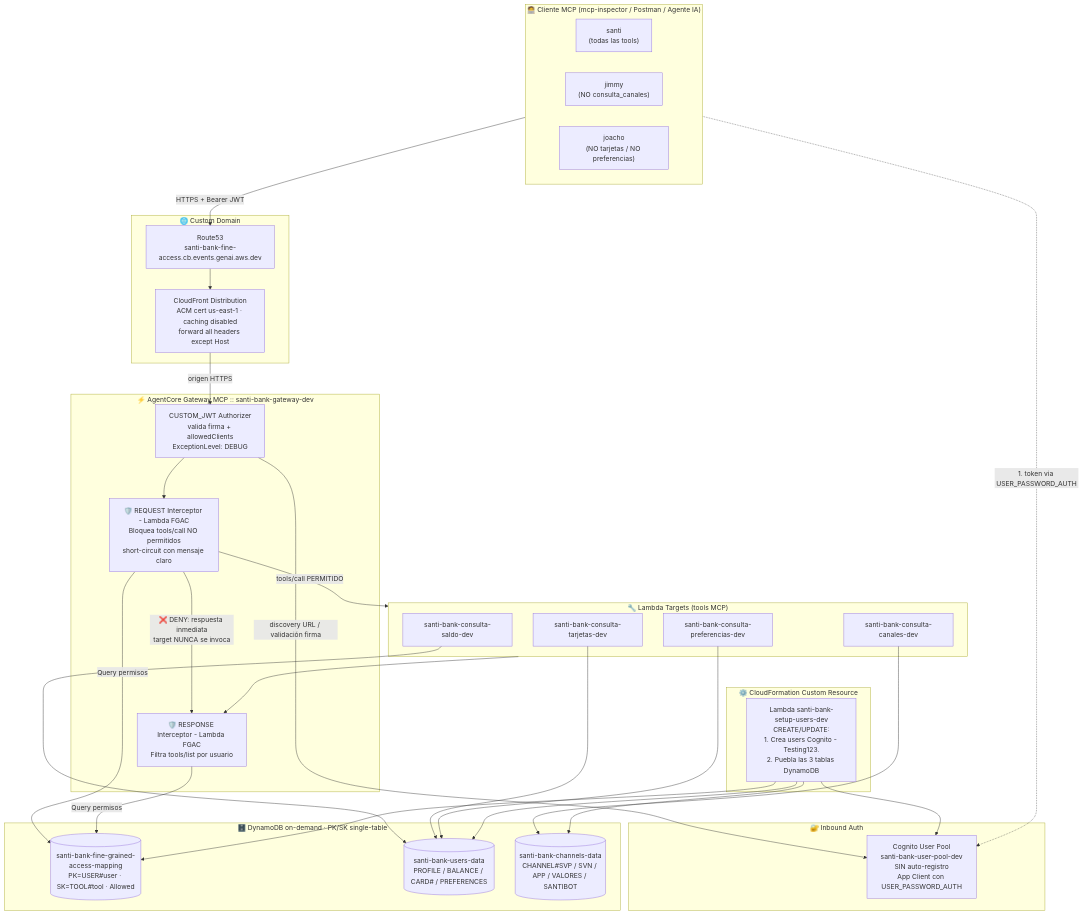
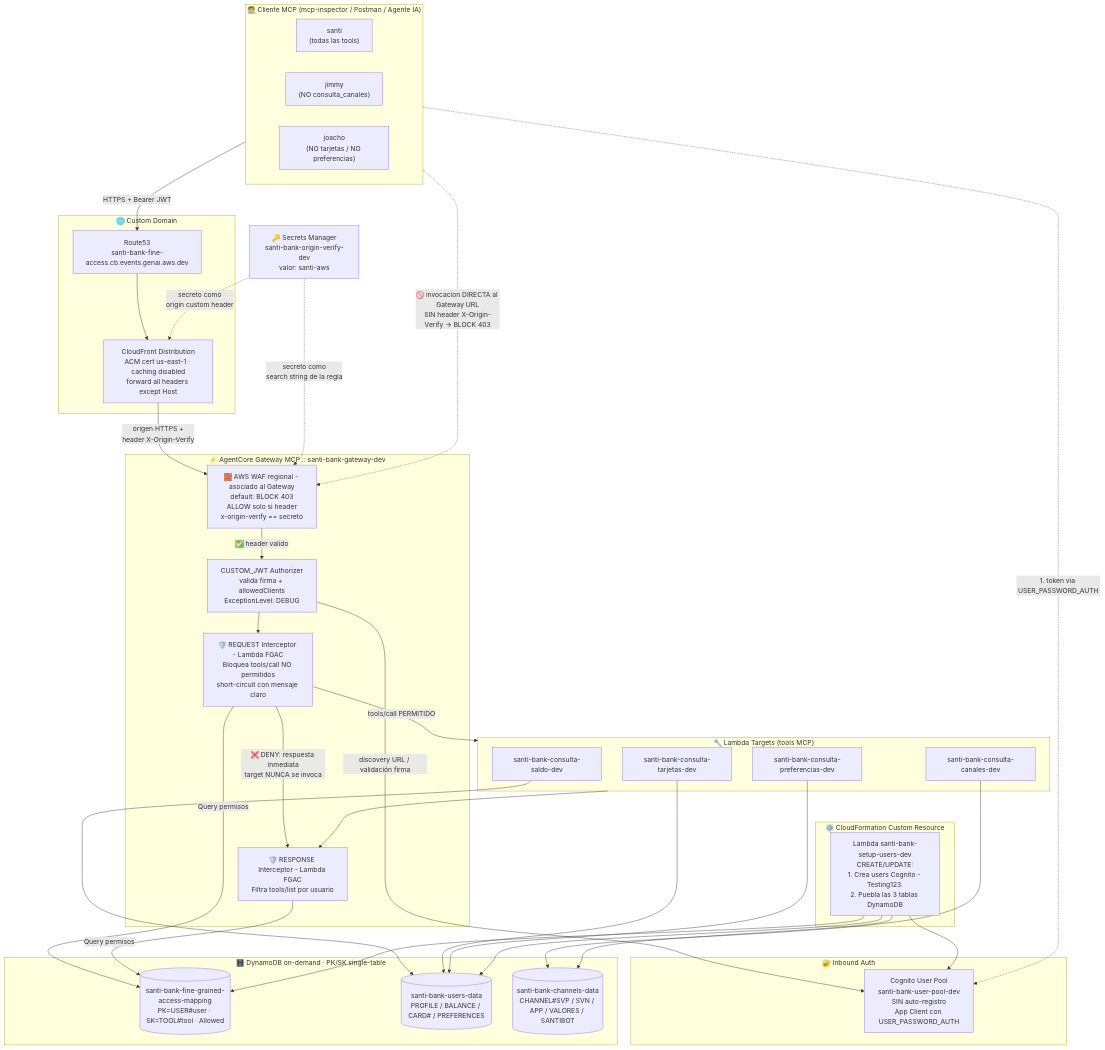
Before and after one commit to san99tiago/aws-agentcore-fine-grained-access-bank-demo: the first of 7 diagrams in README.md, drawn with Mermaid. The commit also changed other lines of this file and 4 other files, not shown here.

Commit message:
UPDATE: cambios a AgentCore GW con CloudFront Header + WAF ACL custom header

````diff
--- a/README.md
+++ b/README.md
@@ -53,58 +55,65 @@
 ```mermaid
 flowchart TB
     subgraph CLIENT["🧑‍💻 Cliente MCP (mcp-inspector / Postman / Agente IA)"]
         U1["santi<br/>(todas las tools)"]
         U2["jimmy<br/>(NO consulta_canales)"]
         U3["joacho<br/>(NO tarjetas / NO preferencias)"]
     end
 
     subgraph DNS["🌐 Custom Domain"]
         R53["Route53<br/>santi-bank-fine-access.cb.events.genai.aws.dev"]
         CF["CloudFront Distribution<br/>ACM cert us-east-1 · caching disabled<br/>forward all headers except Host"]
     end
 
     subgraph AUTH["🔐 Inbound Auth"]
         COG["Cognito User Pool<br/>santi-bank-user-pool-dev<br/>SIN auto-registro<br/>App Client con USER_PASSWORD_AUTH"]
     end
 
+    SM["🔑 Secrets Manager<br/>santi-bank-origin-verify-dev<br/>valor: santi-aws"]
+
     subgraph GW["⚡ AgentCore Gateway MCP :: santi-bank-gateway-dev"]
+        WAF["🧱 AWS WAF regional - asociado al Gateway<br/>default: BLOCK 403<br/>ALLOW solo si header<br/>x-origin-verify == secreto"]
         JWT["CUSTOM_JWT Authorizer<br/>valida firma + allowedClients<br/>ExceptionLevel: DEBUG"]
         REQINT["🛡️ REQUEST Interceptor - Lambda FGAC<br/>Bloquea tools/call NO permitidos<br/>short-circuit con mensaje claro"]
         RESINT["🛡️ RESPONSE Interceptor - Lambda FGAC<br/>Filtra tools/list por usuario"]
     end
 
     subgraph TOOLS["🔧 Lambda Targets (tools MCP)"]
         T1["santi-bank-consulta-saldo-dev"]
         T2["santi-bank-consulta-tarjetas-dev"]
         T3["santi-bank-consulta-canales-dev"]
         T4["santi-bank-consulta-preferencias-dev"]
     end
 
     subgraph DATA["🗄️ DynamoDB on-demand · PK/SK single-table"]
         D1[("santi-bank-fine-grained-access-mapping<br/>PK=USER#user · SK=TOOL#tool · Allowed")]
         D2[("santi-bank-users-data<br/>PROFILE / BALANCE / CARD# / PREFERENCES")]
         D3[("santi-bank-channels-data<br/>CHANNEL#SVP / SVN / APP / VALORES / SANTIBOT")]
     end
 
     subgraph CRSETUP["⚙️ CloudFormation Custom Resource"]
         CR["Lambda santi-bank-setup-users-dev<br/>CREATE/UPDATE:<br/>1. Crea users Cognito - Testing123.<br/>2. Puebla las 3 tablas DynamoDB"]
     end
 
-    CLIENT -->|"HTTPS + Bearer JWT"| R53 --> CF -->|"origen HTTPS"| JWT
+    CLIENT -->|"HTTPS + Bearer JWT"| R53 --> CF -->|"origen HTTPS +<br/>header X-Origin-Verify"| WAF
+    WAF -->|"✅ header valido"| JWT
+    CLIENT -.->|"🚫 invocacion DIRECTA al Gateway URL<br/>SIN header X-Origin-Verify -> BLOCK 403"| WAF
+    SM -.->|"secreto como<br/>origin custom header"| CF
+    SM -.->|"secreto como<br/>search string de la regla"| WAF
     CLIENT -.->|"1. token via USER_PASSWORD_AUTH"| COG
     JWT -->|"discovery URL / validación firma"| COG
     JWT --> REQINT
     REQINT -->|"tools/call PERMITIDO"| TOOLS
     REQINT -->|"❌ DENY: respuesta inmediata<br/>target NUNCA se invoca"| RESINT
     TOOLS --> RESINT
     REQINT -->|"Query permisos"| D1
     RESINT -->|"Query permisos"| D1
     T1 --> D2
     T2 --> D2
     T4 --> D2
     T3 --> D3
     CR --> COG
     CR --> D1
     CR --> D2
     CR --> D3
 ```
````
